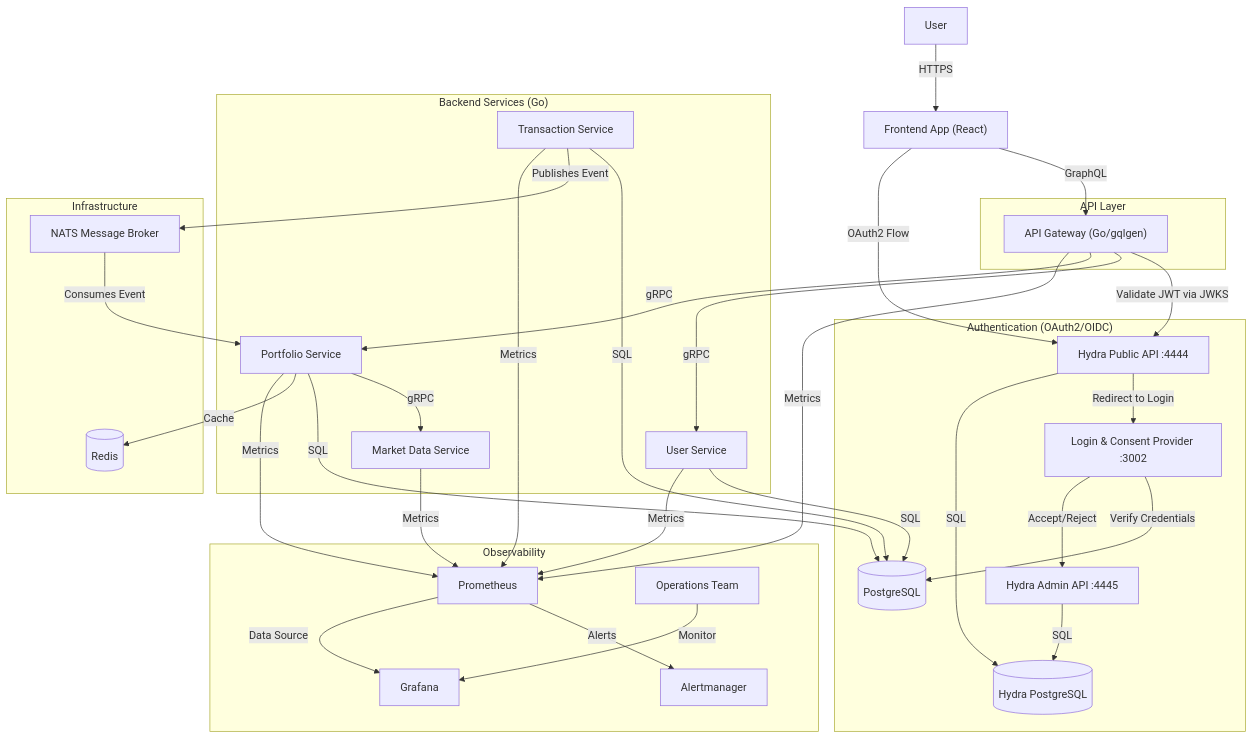
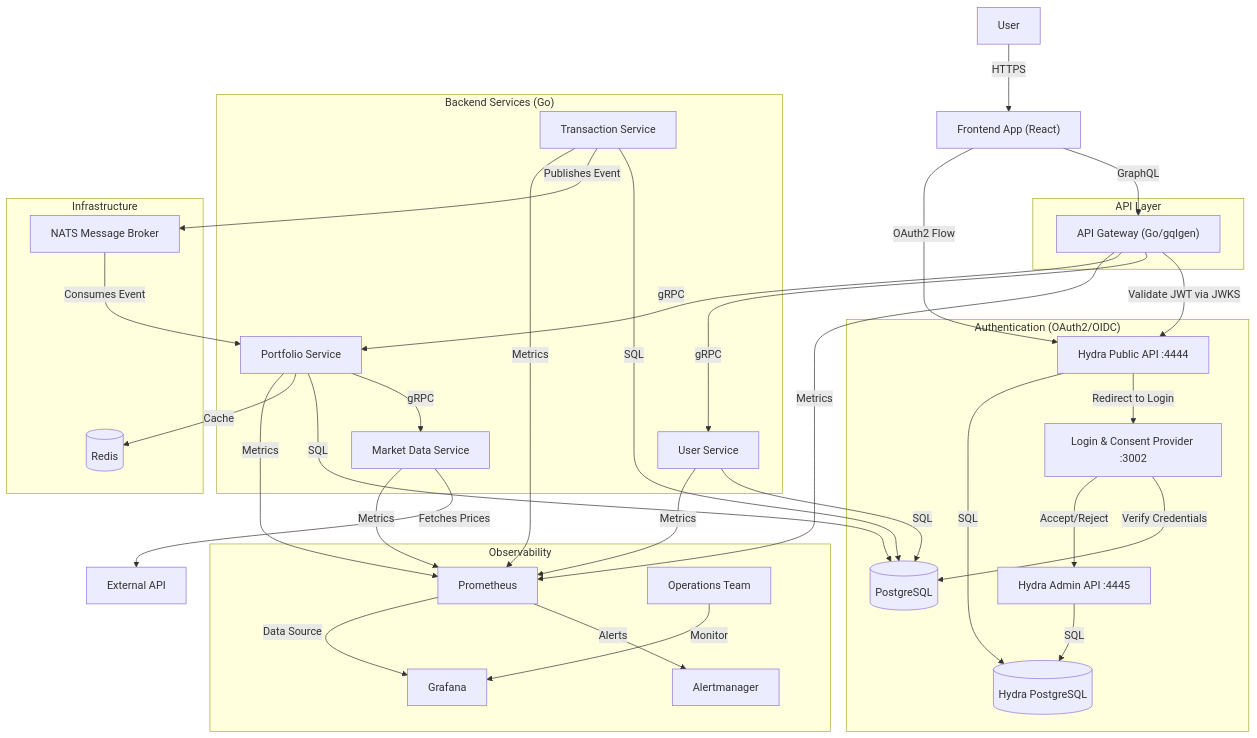
Before and after one commit to garcios/portfolio-insights: the first of 3 diagrams in README.md, drawn with Mermaid.

Commit message:
docs: Add MarketData to ExternalAPI interaction to architecture diagram.

````diff
--- a/README.md
+++ b/README.md
@@ -11,58 +11,59 @@
 ```mermaid
 graph TD
     User[User] -->|HTTPS| Frontend["Frontend App (React)"]
     
     subgraph "API Layer"
         Gateway["API Gateway (Go/gqlgen)"]
     end
 
     Frontend -->|GraphQL| Gateway
     Frontend -->|OAuth2 Flow| HydraPublic["Hydra Public API :4444"]
     Gateway -->|Validate JWT via JWKS| HydraPublic
     
     subgraph "Authentication (OAuth2/OIDC)"
         HydraPublic -->|Redirect to Login| LoginConsent["Login & Consent Provider :3002"]
         LoginConsent -->|Verify Credentials| DB
         LoginConsent -->|Accept/Reject| HydraAdmin["Hydra Admin API :4445"]
         HydraAdmin -->|SQL| HydraDB[(Hydra PostgreSQL)]
         HydraPublic -->|SQL| HydraDB
     end
     
     subgraph "Backend Services (Go)"
         UserService[User Service]
         PortfolioService[Portfolio Service]
         MarketData[Market Data Service]
         TransactionService[Transaction Service]
         
         PortfolioService -->|gRPC| MarketData
     end
 
     Gateway -->|gRPC| UserService
     Gateway -->|gRPC| PortfolioService
+    MarketData -->|Fetches Prices| ExternalAPI["External API"]
     
     subgraph "Infrastructure"
         DB[(PostgreSQL)]
         NATS[NATS Message Broker]
         Redis[(Redis)]
     end
 
     UserService -->|SQL| DB
     PortfolioService -->|SQL| DB
     TransactionService -->|SQL| DB
     PortfolioService -->|Cache| Redis
     TransactionService -->|Publishes Event| NATS
     NATS -->|Consumes Event| PortfolioService
     
     subgraph "Observability"
         UserService -->|Metrics| Prometheus[Prometheus]
         PortfolioService -->|Metrics| Prometheus
         TransactionService -->|Metrics| Prometheus
         MarketData -->|Metrics| Prometheus
         Gateway -->|Metrics| Prometheus
         
         Prometheus -->|Alerts| Alertmanager[Alertmanager]
         Prometheus -->|Data Source| Grafana[Grafana]
         
         Ops[Operations Team] -->|Monitor| Grafana
     end
 ```
````
